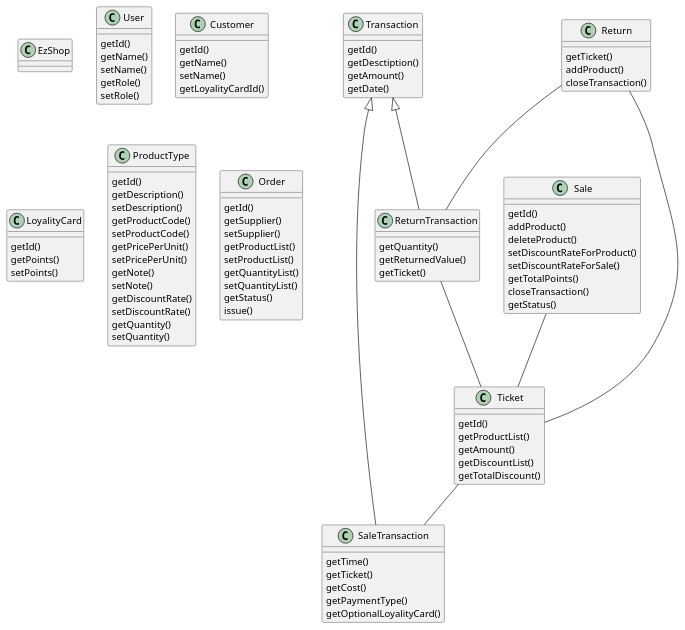
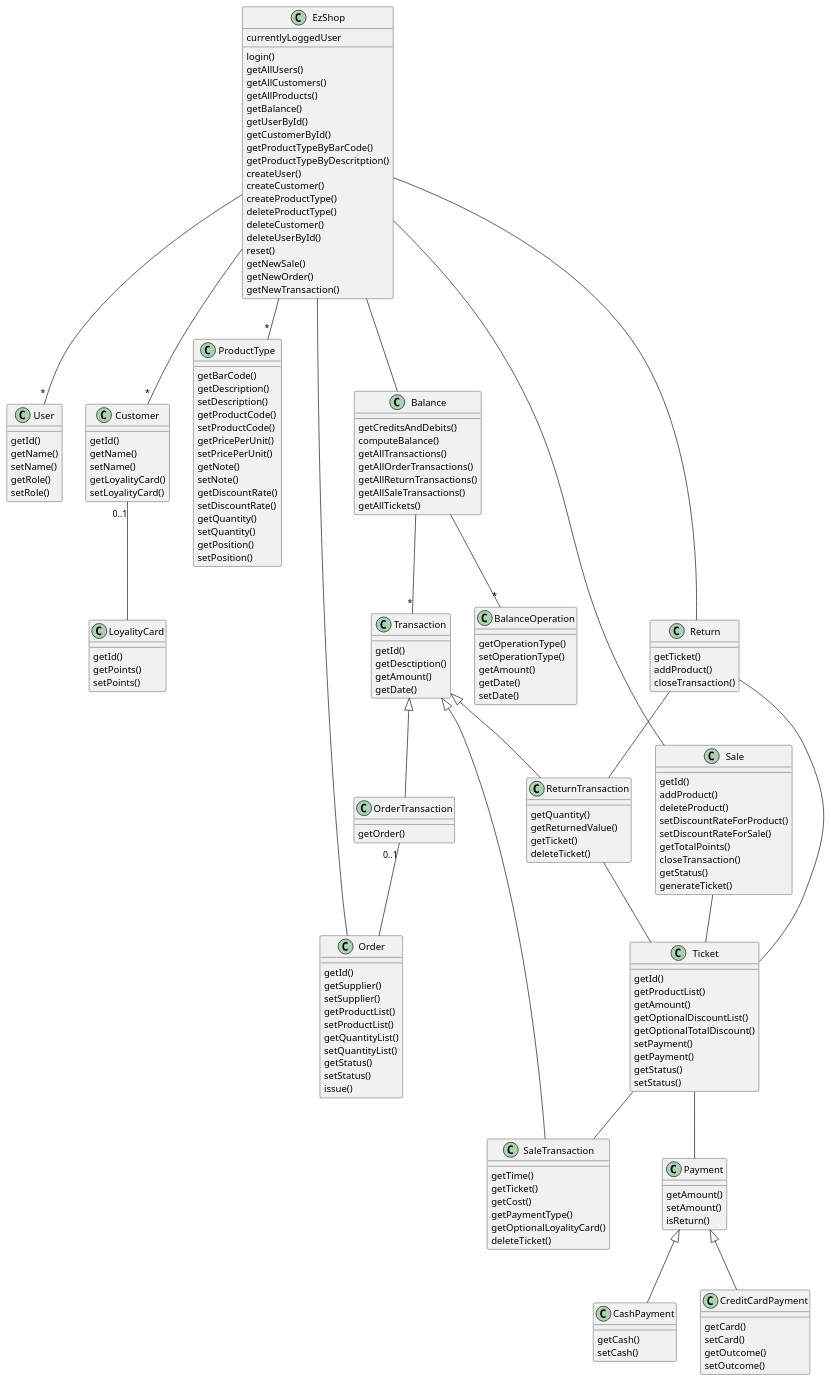
The second of 2 diagrams in Deliverables/DesignDocument.md (paolotron/EzshoProject31), drawn with PlantUML before and after one commit.

````diff
--- a/Deliverables/DesignDocument.md
+++ b/Deliverables/DesignDocument.md
@@ -57,5 +57,26 @@
 ```plantuml
+
 class EzShop{
+    login()
+    getAllUsers()
+    getAllCustomers()
+    getAllProducts()
+    getBalance()
+    getUserById()
+    getCustomerById()
+    getProductTypeByBarCode()
+    getProductTypeByDescritption()
+    createUser()
+    createCustomer()
+    createProductType()
+    deleteProductType()
+    deleteCustomer()
+    deleteUserById()
+    reset()
+    getNewSale()
+    getNewOrder()
+    getNewTransaction()
+    currentlyLoggedUser
 }
 class User{
     getId()
@@ -68,7 +89,8 @@
     getId()
     getName()
     setName()
-    getLoyalityCardId()
+    getLoyalityCard()
+    setLoyalityCard()
 }
 class LoyalityCard{
     getId()
@@ -76,7 +98,7 @@
     setPoints()
 }
 class ProductType{
-    getId()
+    getBarCode()
     getDescription()
     setDescription()
     getProductCode()
@@ -89,6 +111,8 @@
     setDiscountRate()
     getQuantity()
     setQuantity()
+    getPosition()
+    setPosition()
 }
 class Order{
     getId()
@@ -99,6 +123,7 @@
     getQuantityList()
     setQuantityList()
     getStatus()
+    setStatus()
     issue()
 }
 class Transaction{
@@ -114,6 +139,7 @@
     getCost()
     getPaymentType()
     getOptionalLoyalityCard()
+    deleteTicket()
 }
 class Sale{
     getId()
@@ -124,23 +150,64 @@
     getTotalPoints()
     closeTransaction()
     getStatus()
+    generateTicket()
 }
 class Ticket{
     getId()
     getProductList()
     getAmount()
-    getDiscountList()
-    getTotalDiscount()
+    getOptionalDiscountList()
+    getOptionalTotalDiscount()
+    setPayment()
+    getPayment()
+    getStatus()
+    setStatus()
 }
+class Payment{
+    getAmount()
+    setAmount()
+    isReturn()
+}
+class CashPayment{
+    getCash()
+    setCash()
+}
+class CreditCardPayment{
+    getCard()
+    setCard()
+    getOutcome()
+    setOutcome()
+}
+
 class ReturnTransaction{
     getQuantity()
     getReturnedValue()
     getTicket()
+    deleteTicket()
 }
 class Return{
     getTicket()
     addProduct()
     closeTransaction()
+}
+class Balance{
+    getCreditsAndDebits()
+    computeBalance()
+    getAllTransactions()
+    getAllOrderTransactions()
+    getAllReturnTransactions()
+    getAllSaleTransactions()
+    getAllTickets()
+}
+class BalanceOperation{
+    getOperationType()
+    setOperationType()
+    getAmount()
+    getDate()
+    setDate()
+}
+class OrderTransaction{
+    getOrder()
 }
 Transaction <|-- SaleTransaction
 Transaction <|-- ReturnTransaction
@@ -149,4 +216,19 @@
 ReturnTransaction -- Ticket
 Return -- Ticket
 Return -- ReturnTransaction
+Payment <|-- CreditCardPayment
+Payment <|-- CashPayment
+Ticket -- Payment
+Balance  -- "*" BalanceOperation
+Balance -- "*" Transaction
+Transaction <|-- OrderTransaction
+OrderTransaction"0..1" -- Order
+Customer"0..1" -- LoyalityCard
+EzShop -- "*" User
+EzShop -- "*" Customer
+EzShop -- Balance
+EzShop -- "*" ProductType
+EzShop -- Order
+EzShop -- Return
+EzShop --  Sale
 ```
````
